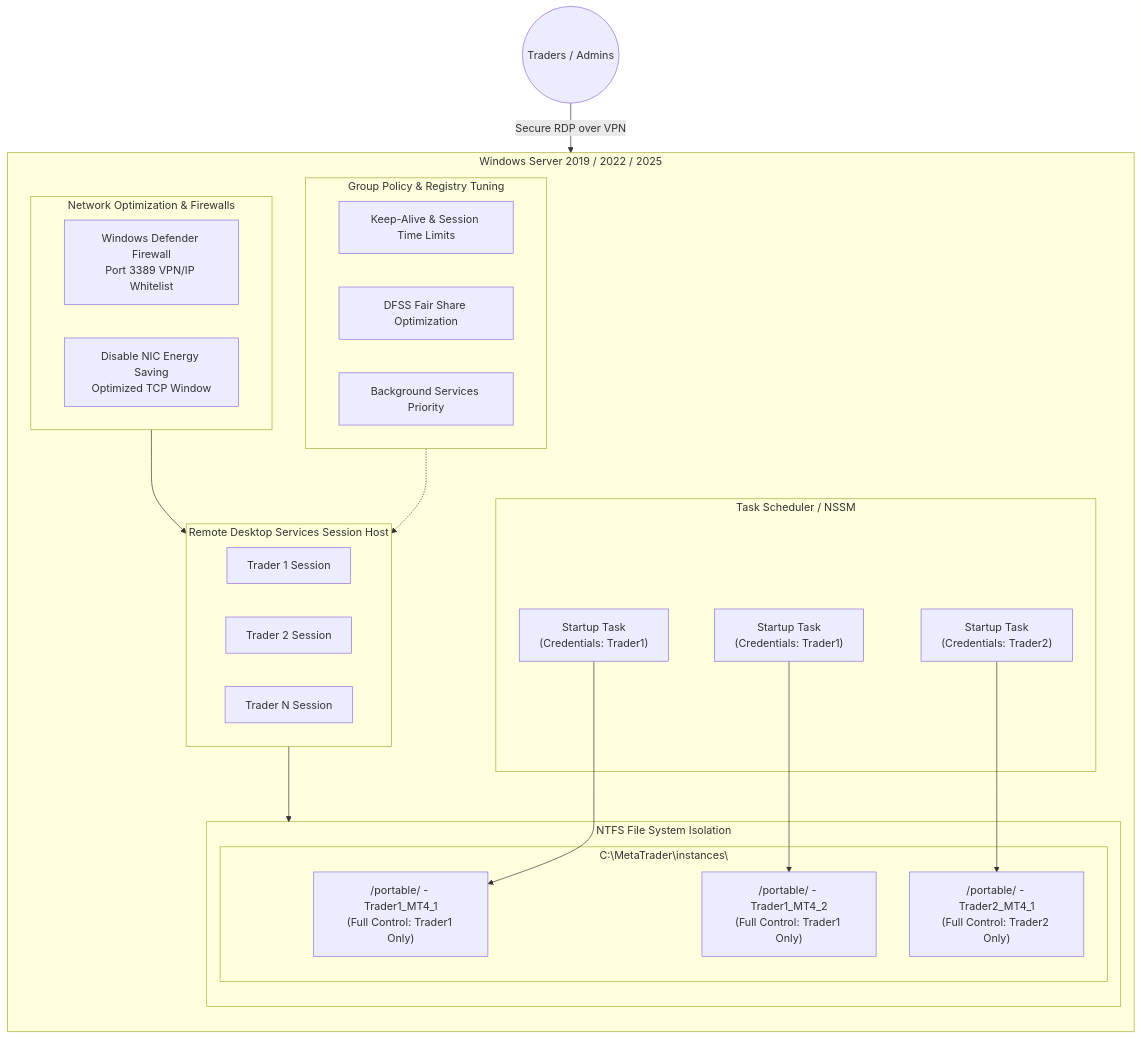
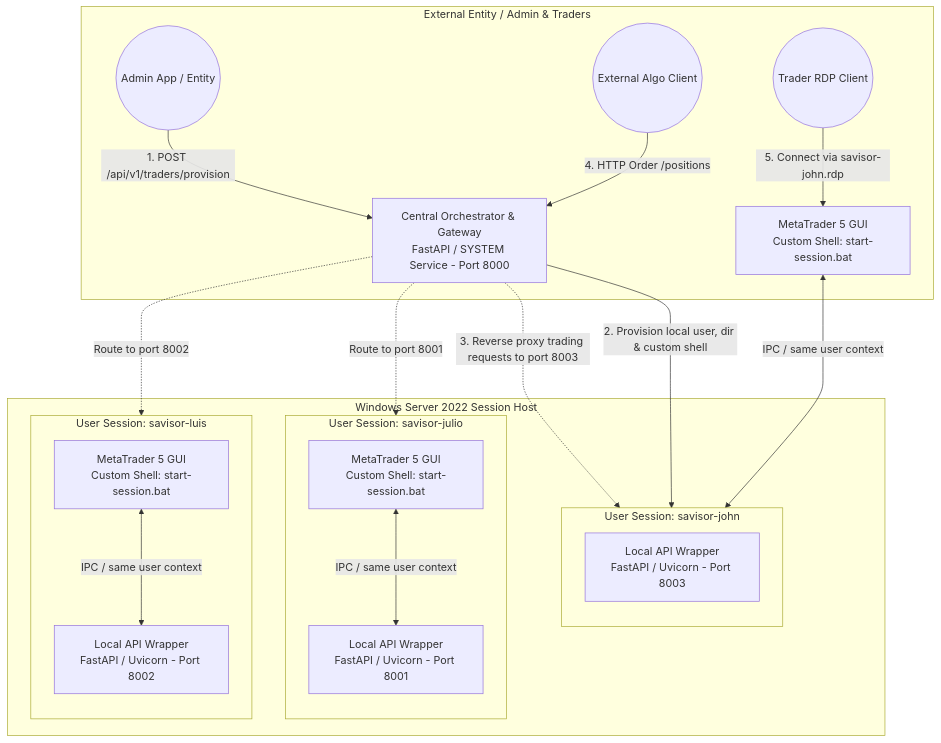
One commit to devffex/experiment-windows-server-metatrader changed the first of 2 diagrams in README.md. Above: the diagram before and after it, drawn with Mermaid. The commit also changed other lines of this file, not shown here.

Commit message:
Update architecture documentation to implement multi-user isolated terminal RDP provisioning, custom registry shells, and session-isolated loopback FastAPI wrappers

````diff
--- a/README.md
+++ b/README.md
@@ -26,43 +26,41 @@
 ```mermaid
 graph TD
-    subgraph Windows Server OS [Windows Server 2019 / 2022 / 2025]
-        direction TB
-        
-        subgraph RDS [Remote Desktop Services Session Host]
-            direction LR
-            Sess1[Trader 1 Session]
-            Sess2[Trader 2 Session]
-            SessN[Trader N Session]
+    subgraph External_Network [External Entity / Admin & Traders]
+        AdminApp((Admin App / Entity)) -->|1. POST /api/v1/traders/provision| Orchestrator
+        Trader1_App((External Algo Client)) -->|4. HTTP Order /positions| Orchestrator
+        Trader1_GUI((Trader RDP Client)) -->|5. Connect via savisor-john.rdp| RemoteApp_S1
+    end
+
+    subgraph Windows_Server [Windows Server 2022 Session Host]
+        Orchestrator[Central Orchestrator & Gateway<br>FastAPI / SYSTEM Service - Port 8000]
+
+        subgraph Session_S1 [User Session: savisor-john]
+            direction TB
+            RemoteApp_S1[MetaTrader 5 GUI<br>Custom Shell: start-session.bat]
+            API_S1[Local API Wrapper<br>FastAPI / Uvicorn - Port 8003]
+            
+            RemoteApp_S1 <--->|IPC / same user context| API_S1
         end
 
-        subgraph GPO [Group Policy & Registry Tuning]
-            SessionLimits[Keep-Alive & Session Time Limits]
-            FairShare[DFSS Fair Share Optimization]
-            PerfSetting[Background Services Priority]
+        subgraph Session_S2 [User Session: savisor-julio]
+            direction TB
+            RemoteApp_S2[MetaTrader 5 GUI<br>Custom Shell: start-session.bat]
+            API_S2[Local API Wrapper<br>FastAPI / Uvicorn - Port 8001]
+            
+            RemoteApp_S2 <--->|IPC / same user context| API_S2
         end
 
-        subgraph Storage [NTFS File System Isolation]
-            subgraph BaseDir [C:\MetaTrader\instances\]
-                T1_MT4_1["/portable/ - Trader1_MT4_1<br>(Full Control: Trader1 Only)"]
-                T1_MT4_2["/portable/ - Trader1_MT4_2<br>(Full Control: Trader1 Only)"]
-                T2_MT4_1["/portable/ - Trader2_MT4_1<br>(Full Control: Trader2 Only)"]
-            end
+        subgraph Session_S3 [User Session: savisor-luis]
+            direction TB
+            RemoteApp_S3[MetaTrader 5 GUI<br>Custom Shell: start-session.bat]
+            API_S3[Local API Wrapper<br>FastAPI / Uvicorn - Port 8002]
+            
+            RemoteApp_S3 <--->|IPC / same user context| API_S3
         end
 
-        subgraph AutoRun [Task Scheduler / NSSM]
-            TS1["Startup Task<br>(Credentials: Trader1)"] --> T1_MT4_1
-            TS2["Startup Task<br>(Credentials: Trader1)"] --> T1_MT4_2
-            TS3["Startup Task<br>(Credentials: Trader2)"] --> T2_MT4_1
-        end
-
-        subgraph Network [Network Optimization & Firewalls]
-            FW[Windows Defender Firewall<br>Port 3389 VPN/IP Whitelist]
-            NIC[Disable NIC Energy Saving<br>Optimized TCP Window]
-        end
+        Orchestrator -->|2. Provision local user, dir & custom shell| Session_S1
+        Orchestrator -.->|3. Reverse proxy trading requests to port 8003| API_S1
+        Orchestrator -.->|Route to port 8001| API_S2
+        Orchestrator -.->|Route to port 8002| API_S3
     end
-
-    Traders((Traders / Admins)) -->|Secure RDP over VPN| RDS
-    RDS --> Storage
-    GPO -.-> RDS
-    Network --> RDS
 ```
````
